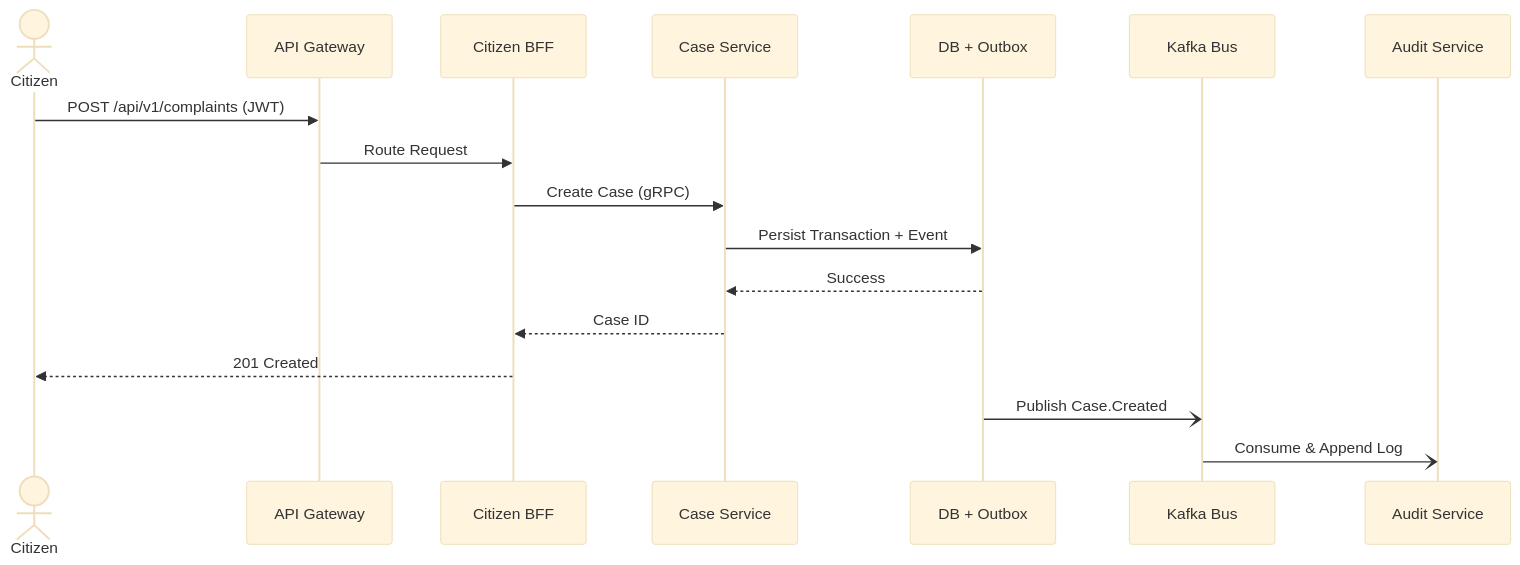
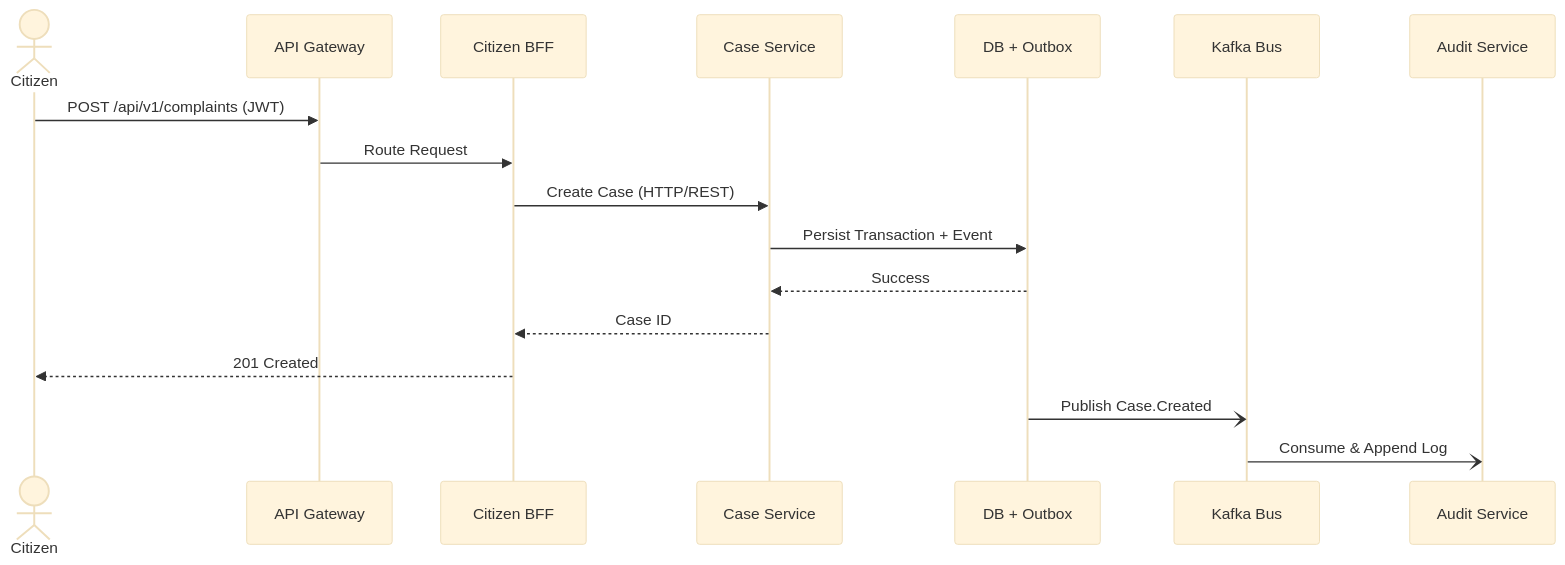
Diagram 14 of 18 in HLD.md (DigantaSen/Cyber-Fraud-Detection-Service), drawn with Mermaid (base theme) before and after one commit. The commit also changed other lines of this file and 484 other files, not shown here.

````diff
--- a/HLD.md
+++ b/HLD.md
@@ -384,21 +438,21 @@
 ```mermaid
 sequenceDiagram
     actor Citizen
     participant API as API Gateway
     participant BFF as Citizen BFF
     participant Case as Case Service
     participant Outbox as DB + Outbox
     participant Kafka as Kafka Bus
     participant Audit as Audit Service
 
     Citizen->>API: POST /api/v1/complaints (JWT)
     API->>BFF: Route Request
-    BFF->>Case: Create Case (gRPC)
+    BFF->>Case: Create Case (HTTP/REST)
     Case->>Outbox: Persist Transaction + Event
     Outbox-->>Case: Success
     Case-->>BFF: Case ID
     BFF-->>Citizen: 201 Created
     
     Outbox-)Kafka: Publish Case.Created
     Kafka-)Audit: Consume & Append Log
 ```
````
